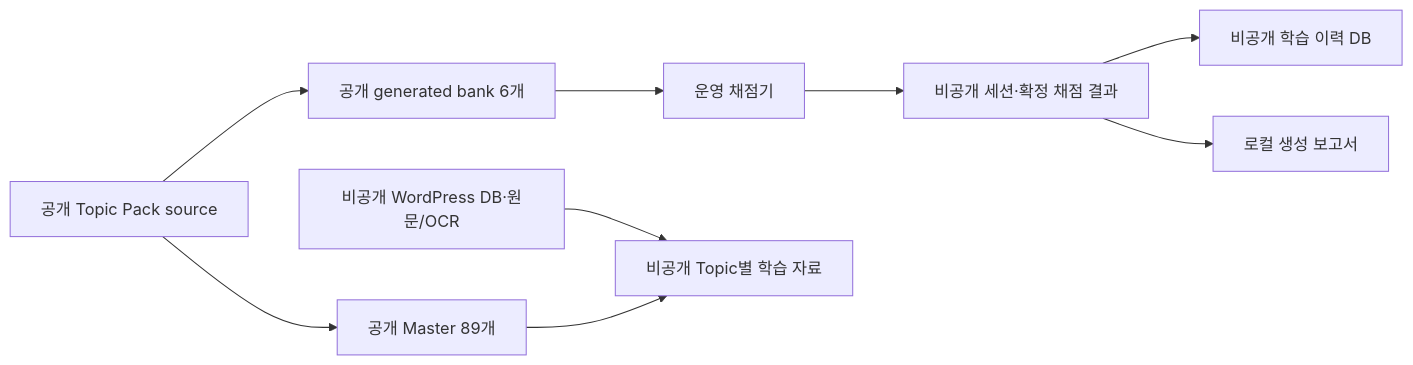
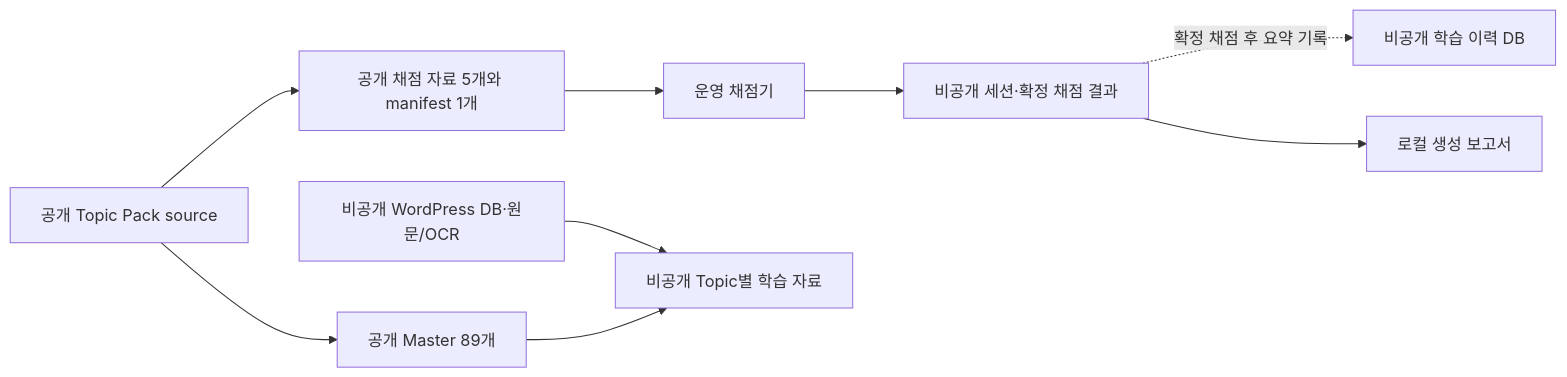
Before and after one commit to now0930/prof_eng_answer: the diagram in docs/data_reports_inventory.md, drawn with Mermaid. The commit also changed other lines of this file and 9 other files, not shown here.

Commit message:
Document grading data flow and fix learning history log

````diff
--- a/docs/data_reports_inventory.md
+++ b/docs/data_reports_inventory.md
@@ -16,11 +16,11 @@
 ```mermaid
 flowchart LR
-    TP[공개 Topic Pack source] --> GB[공개 generated bank 6개]
+    TP[공개 Topic Pack source] --> GB[공개 채점 자료 5개와 manifest 1개]
     GB --> G[운영 채점기]
     WP[비공개 WordPress DB·원문/OCR] --> TV[비공개 Topic별 학습 자료]
     G --> S[비공개 세션·확정 채점 결과]
-    S --> H[비공개 학습 이력 DB]
+    S -. 확정 채점 후 요약 기록 .-> H[비공개 학습 이력 DB]
     S --> R[로컬 생성 보고서]
     TP --> M[공개 Master 89개]
     M --> TV
 ```
````
